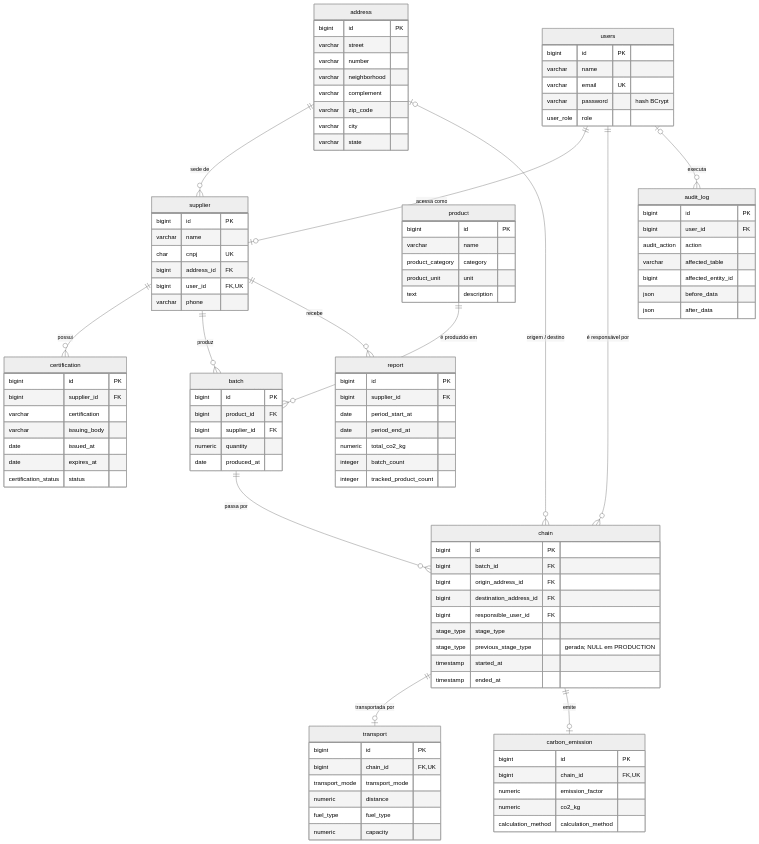
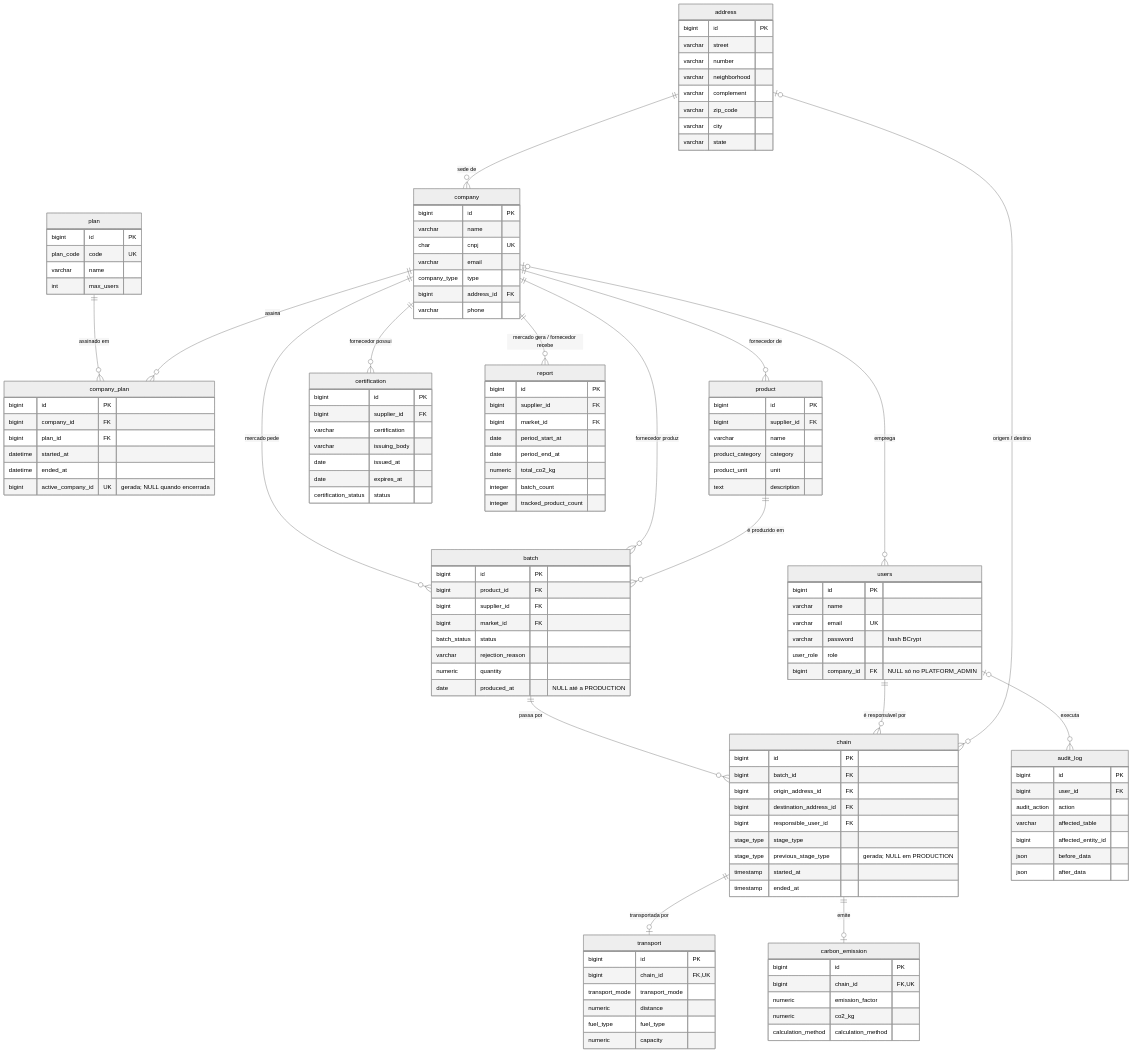
The second of 2 diagrams in README.md (matheusnascimentods/supply-chain-verde-api), drawn with Mermaid (neutral theme) before and after one commit. The commit also changed other lines of this file and 3 other files, not shown here.

````diff
--- a/README.md
+++ b/README.md
@@ -132,11 +152,15 @@
 ```mermaid
 erDiagram
-    address ||--o{ supplier : "sede de"
-    users ||--o| supplier : "acessa como"
-    supplier ||--o{ certification : possui
-    supplier ||--o{ batch : produz
+    address ||--o{ company : "sede de"
+    plan ||--o{ company_plan : "assinado em"
+    company ||--o{ company_plan : assina
+    company |o--o{ users : emprega
+    company ||--o{ product : "fornecedor de"
+    company ||--o{ certification : "fornecedor possui"
+    company ||--o{ batch : "mercado pede"
+    company ||--o{ batch : "fornecedor produz"
     product ||--o{ batch : "é produzido em"
-    supplier ||--o{ report : recebe
+    company ||--o{ report : "mercado gera / fornecedor recebe"
     batch ||--o{ chain : "passa por"
     users ||--o{ chain : "é responsável por"
     address |o--o{ chain : "origem / destino"
@@ -144,12 +168,36 @@
     chain ||--o| carbon_emission : emite
     users |o--o{ audit_log : executa
 
+    plan {
+        bigint id PK
+        plan_code code UK
+        varchar name
+        int max_users
+    }
+    company {
+        bigint id PK
+        varchar name
+        char cnpj UK
+        varchar email
+        company_type type
+        bigint address_id FK
+        varchar phone
+    }
+    company_plan {
+        bigint id PK
+        bigint company_id FK
+        bigint plan_id FK
+        datetime started_at
+        datetime ended_at
+        bigint active_company_id UK "gerada; NULL quando encerrada"
+    }
     users {
         bigint id PK
         varchar name
         varchar email UK
         varchar password "hash BCrypt"
         user_role role
+        bigint company_id FK "NULL só no PLATFORM_ADMIN"
     }
     address {
         bigint id PK
@@ -160,14 +208,6 @@
         varchar zip_code
         varchar city
         varchar state
-    }
-    supplier {
-        bigint id PK
-        varchar name
-        char cnpj UK
-        bigint address_id FK
-        bigint user_id FK,UK
-        varchar phone
     }
     certification {
         bigint id PK
@@ -180,6 +220,7 @@
     }
     product {
         bigint id PK
+        bigint supplier_id FK
         varchar name
         product_category category
         product_unit unit
@@ -189,8 +230,11 @@
         bigint id PK
         bigint product_id FK
         bigint supplier_id FK
+        bigint market_id FK
+        batch_status status
+        varchar rejection_reason
         numeric quantity
-        date produced_at
+        date produced_at "NULL até a PRODUCTION"
     }
     chain {
         bigint id PK
@@ -221,6 +265,7 @@
     report {
         bigint id PK
         bigint supplier_id FK
+        bigint market_id FK
         date period_start_at
         date period_end_at
         numeric total_co2_kg
````
